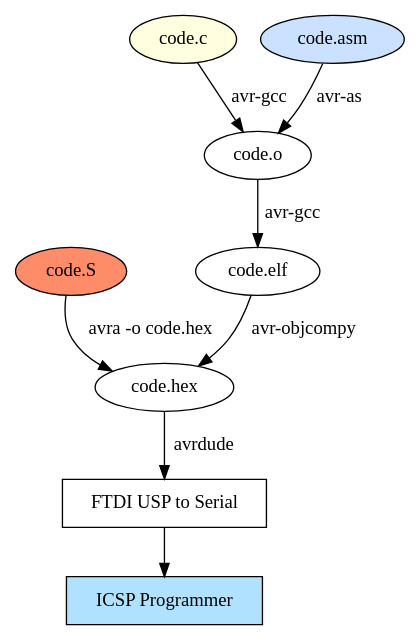
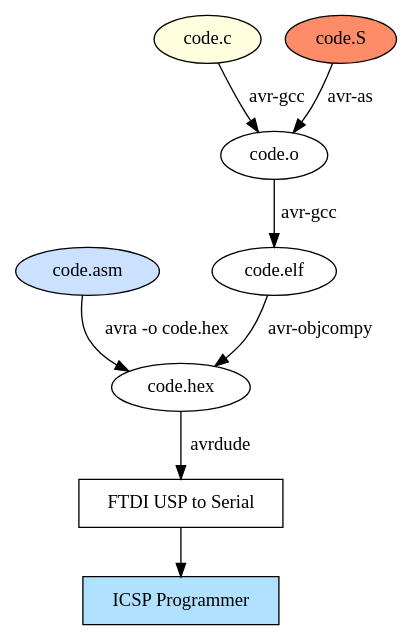
One commit to nad2000/Arduino-with-C-and-ASM changed the diagram in toolchain.dot. Above: the diagram before and after it, drawn with Graphviz. The commit also changed 3 other files, not shown here.

```diff
--- a/toolchain.dot
+++ b/toolchain.dot
@@ -1,20 +1,20 @@
 digraph TC {
-	"code.S" -> "code.hex" [label="avra -o code.hex"];
+	"code.asm" -> "code.hex" [label="avra -o code.hex"];
 	"code.c" -> "code.o" [label="avr-gcc"];
-	"code.asm" -> "code.o" [label="avr-as"];
+	"code.S" -> "code.o" [label="avr-as"];
 	
 	subgraph GCC {
 		color=darkgreen;
 		"code.o" -> "code.elf" [label="avr-gcc"];
 		"code.elf" -> "code.hex" [label="avr-objcompy"];
 	}
 
 	"code.hex" -> "FTDI USP to Serial" [label="avrdude"];
 	"FTDI USP to Serial" -> "ICSP Programmer"
 
 	"FTDI USP to Serial" [shape=box];
 	"ICSP Programmer" [shape=box,style=filled,fillcolor=lightskyblue1];
 	"code.S" [style=filled,fillcolor=salmon1];
 	"code.c" [style=filled,fillcolor=lightyellow1];
 	"code.asm" [style=filled,fillcolor=lightsteelblue1];
 }
```
